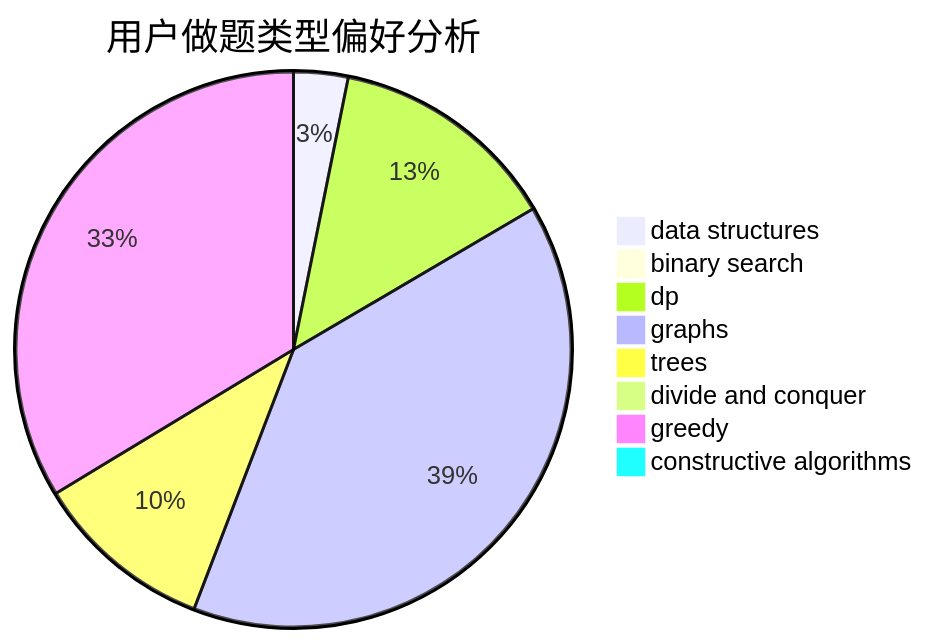
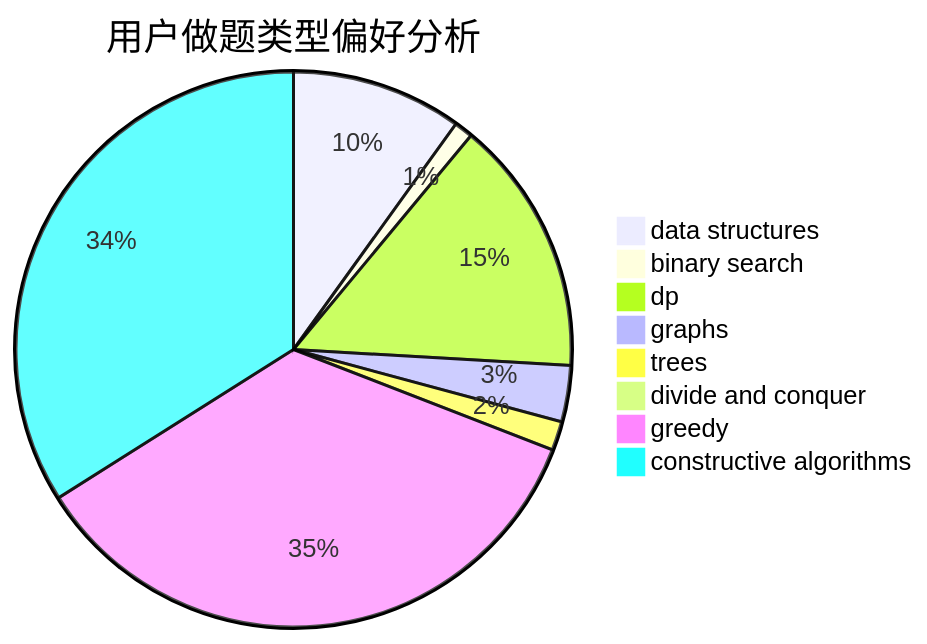
Before and after one commit to sherpahu/cfrs.github.io: the second of 3 diagrams in docs/user/u837.md, drawn with Mermaid. The commit also changed other lines of this file and 2770 other files, not shown here.

````diff
--- a/docs/user/u837.md
+++ b/docs/user/u837.md
@@ -23,11 +23,11 @@
 ```mermaid
 pie title 用户做题类型偏好分析
-    "data structures" :  22
-    "binary search" :  5
-    "dp" :  93
-    "graphs" :  273
-    "trees" :  73
-    "divide and conquer" :  5
-    "greedy" :  234
-    "constructive algorithms" :  1
+    "data structures" :  100
+    "binary search" :  11
+    "dp" :  150
+    "graphs" :  33
+    "trees" :  17
+    "divide and conquer" :  2
+    "greedy" :  354
+    "constructive algorithms" :  342
 ```
````
